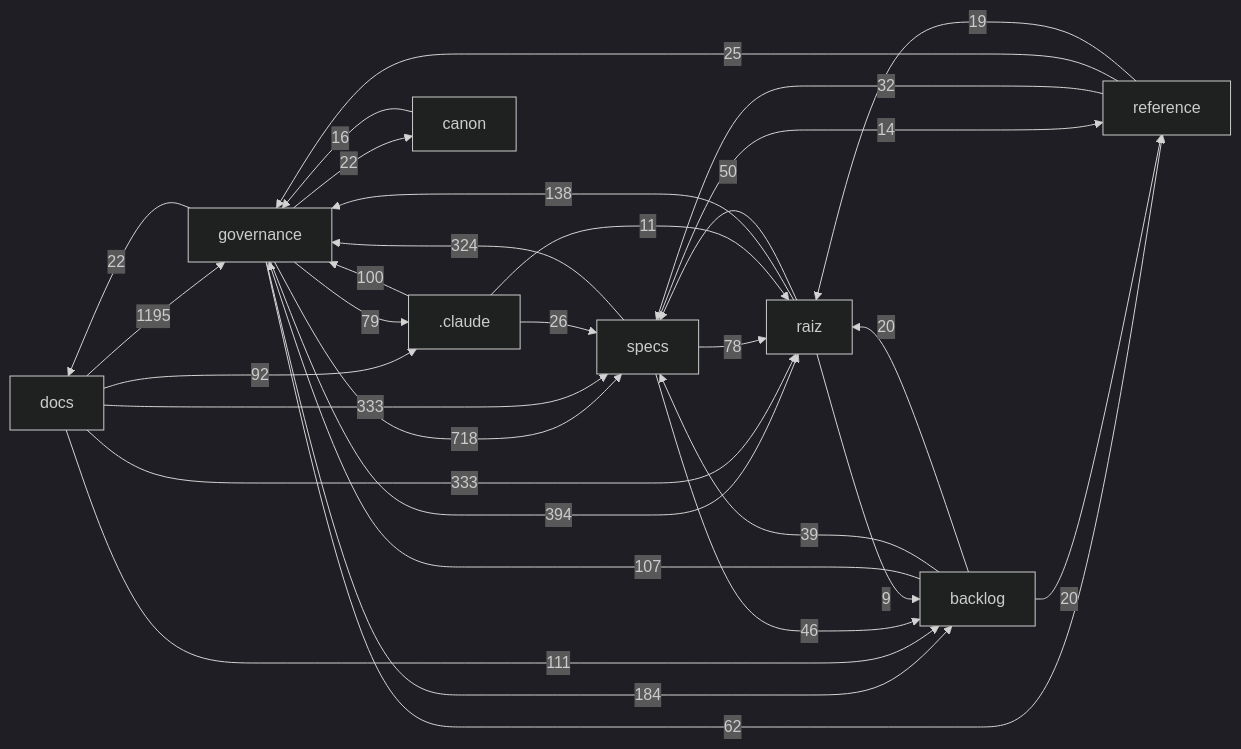
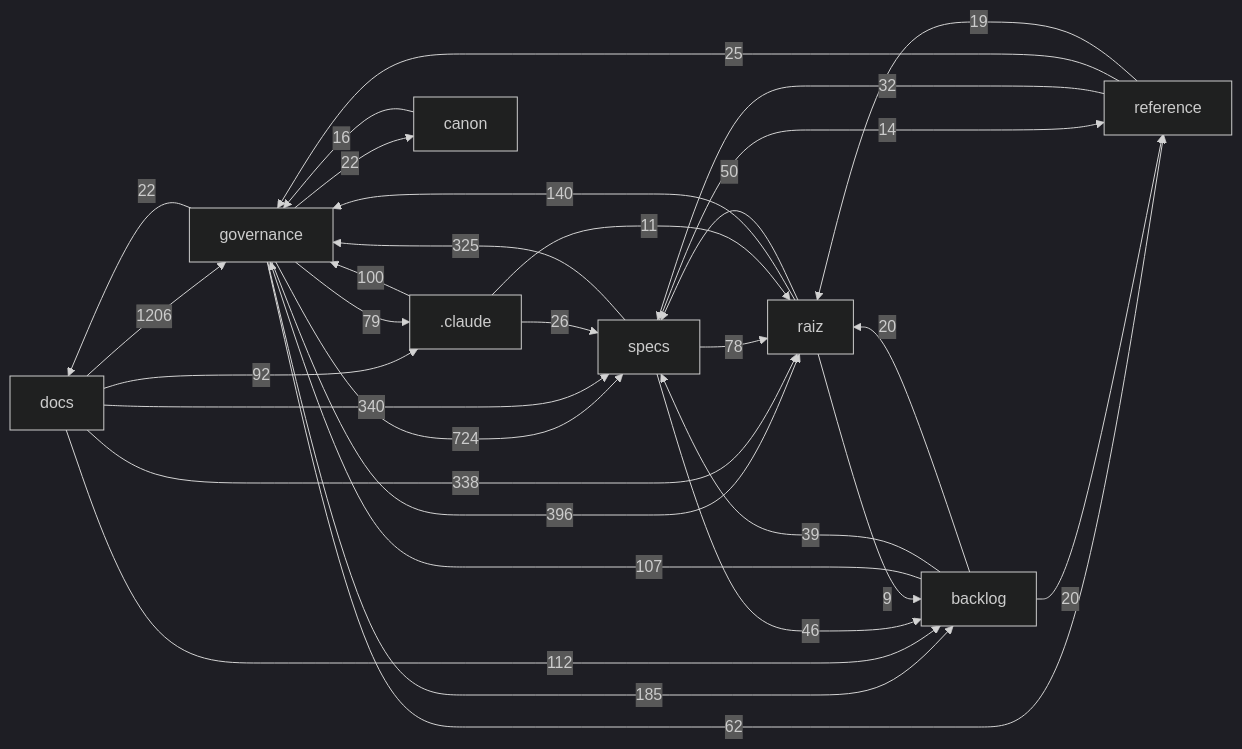
Before and after one commit to Andraus35/Sistema-Operacional-de-Trading--SOT: the diagram in docs/mapa/MAPA-PROJETO.md, drawn with Mermaid (dark theme). The commit also changed other lines of this file and 7 other files, not shown here.

First line of the commit message:
DHR-SPEC007-005: homologacao do Plan reduzido da SPEC-007 v2.3 (formacao + selo) por Andraus; ROADMAP, CATALOGO e plan.md; HANDOFF HO-74

````diff
--- a/docs/mapa/MAPA-PROJETO.md
+++ b/docs/mapa/MAPA-PROJETO.md
@@ -29,33 +29,33 @@
 ```mermaid
 flowchart LR
-  docs["docs"] -->|1195| governance["governance"]
-  governance["governance"] -->|718| specs["specs"]
-  governance["governance"] -->|394| raiz["raiz"]
-  docs["docs"] -->|333| raiz["raiz"]
-  docs["docs"] -->|333| specs["specs"]
-  specs["specs"] -->|324| governance["governance"]
-  governance["governance"] -->|184| backlog["backlog"]
-  raiz["raiz"] -->|138| governance["governance"]
-  docs["docs"] -->|111| backlog["backlog"]
+  docs["docs"] -->|1206| governance["governance"]
+  governance["governance"] -->|724| specs["specs"]
+  governance["governance"] -->|396| raiz["raiz"]
+  docs["docs"] -->|340| specs["specs"]
+  docs["docs"] -->|338| raiz["raiz"]
+  specs["specs"] -->|325| governance["governance"]
+  governance["governance"] -->|185| backlog["backlog"]
+  raiz["raiz"] -->|140| governance["governance"]
+  docs["docs"] -->|112| backlog["backlog"]
   backlog["backlog"] -->|107| governance["governance"]
   _claude[".claude"] -->|100| governance["governance"]
   docs["docs"] -->|92| _claude[".claude"]
   governance["governance"] -->|79| _claude[".claude"]
   specs["specs"] -->|78| raiz["raiz"]
   governance["governance"] -->|62| reference["reference"]
   raiz["raiz"] -->|50| specs["specs"]
   specs["specs"] -->|46| backlog["backlog"]
   backlog["backlog"] -->|39| specs["specs"]
   reference["reference"] -->|32| specs["specs"]
   _claude[".claude"] -->|26| specs["specs"]
   reference["reference"] -->|25| governance["governance"]
   governance["governance"] -->|22| docs["docs"]
   governance["governance"] -->|22| canon["canon"]
   backlog["backlog"] -->|20| raiz["raiz"]
   backlog["backlog"] -->|20| reference["reference"]
   reference["reference"] -->|19| raiz["raiz"]
   canon["canon"] -->|16| governance["governance"]
   specs["specs"] -->|14| reference["reference"]
   _claude[".claude"] -->|11| raiz["raiz"]
   raiz["raiz"] -->|9| backlog["backlog"]
 ```
````
